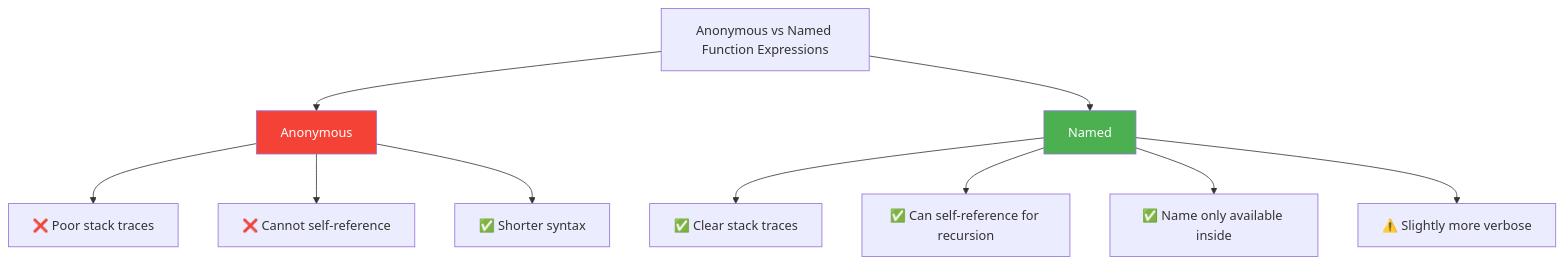
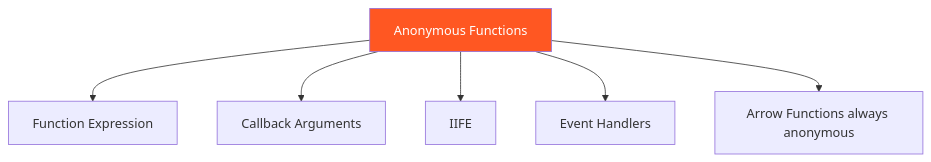
Before and after one commit to Kshitijgul/Notes: the ninth of 30 diagrams in Javascript/Chapter5_Functions.md, drawn with Mermaid. The commit also changed other lines of this file and 1 other file, not shown here.

````diff
--- a/Javascript/Chapter5_Functions.md
+++ b/Javascript/Chapter5_Functions.md
@@ -2110,17 +891,10 @@
 ```mermaid
 flowchart TD
-    A["Anonymous vs Named Function Expressions"] --> B["Anonymous"]
-    A --> C["Named"]
-    
-    B --> B1["❌ Poor stack traces"]
-    B --> B2["❌ Cannot self-reference"]
-    B --> B3["✅ Shorter syntax"]
-    
-    C --> C1["✅ Clear stack traces"]
-    C --> C2["✅ Can self-reference for recursion"]
-    C --> C3["✅ Name only available inside"]
-    C --> C4["⚠️ Slightly more verbose"]
-    
-    style B fill:#f44336,color:white
-    style C fill:#4CAF50,color:white
+    A["Anonymous Functions"] --> B["Function Expression"]
+    A --> C["Callback Arguments"]
+    A --> D["IIFE"]
+    A --> E["Event Handlers"]
+    A --> F["Arrow Functions always anonymous"]
+
+    style A fill:#FF5722,color:white
 ```
````
